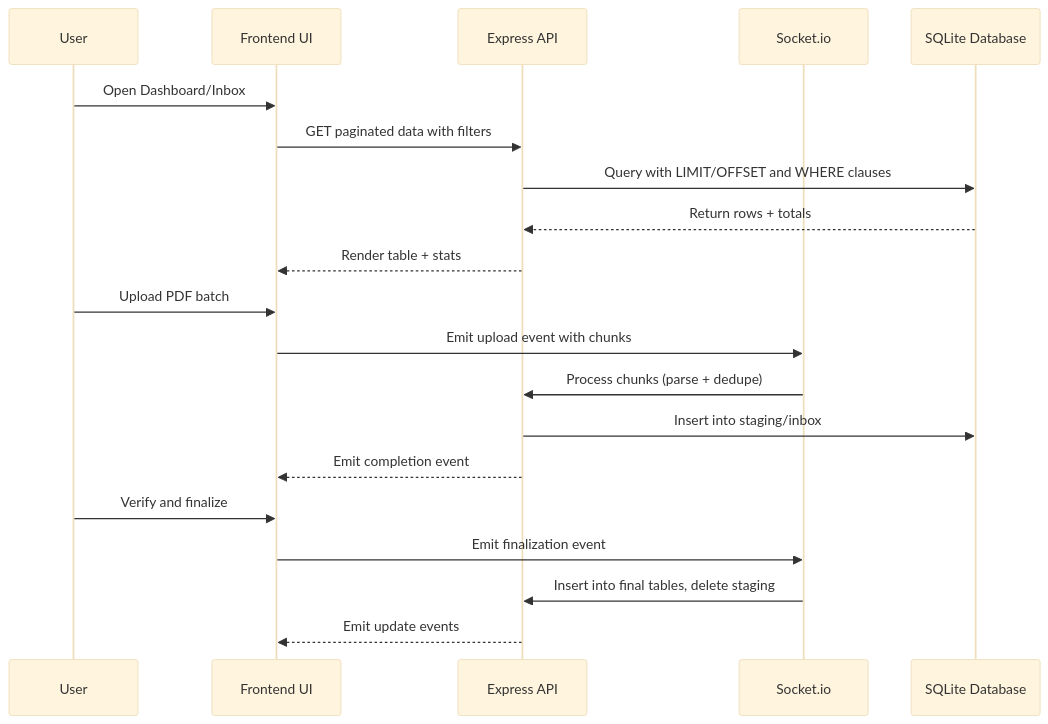
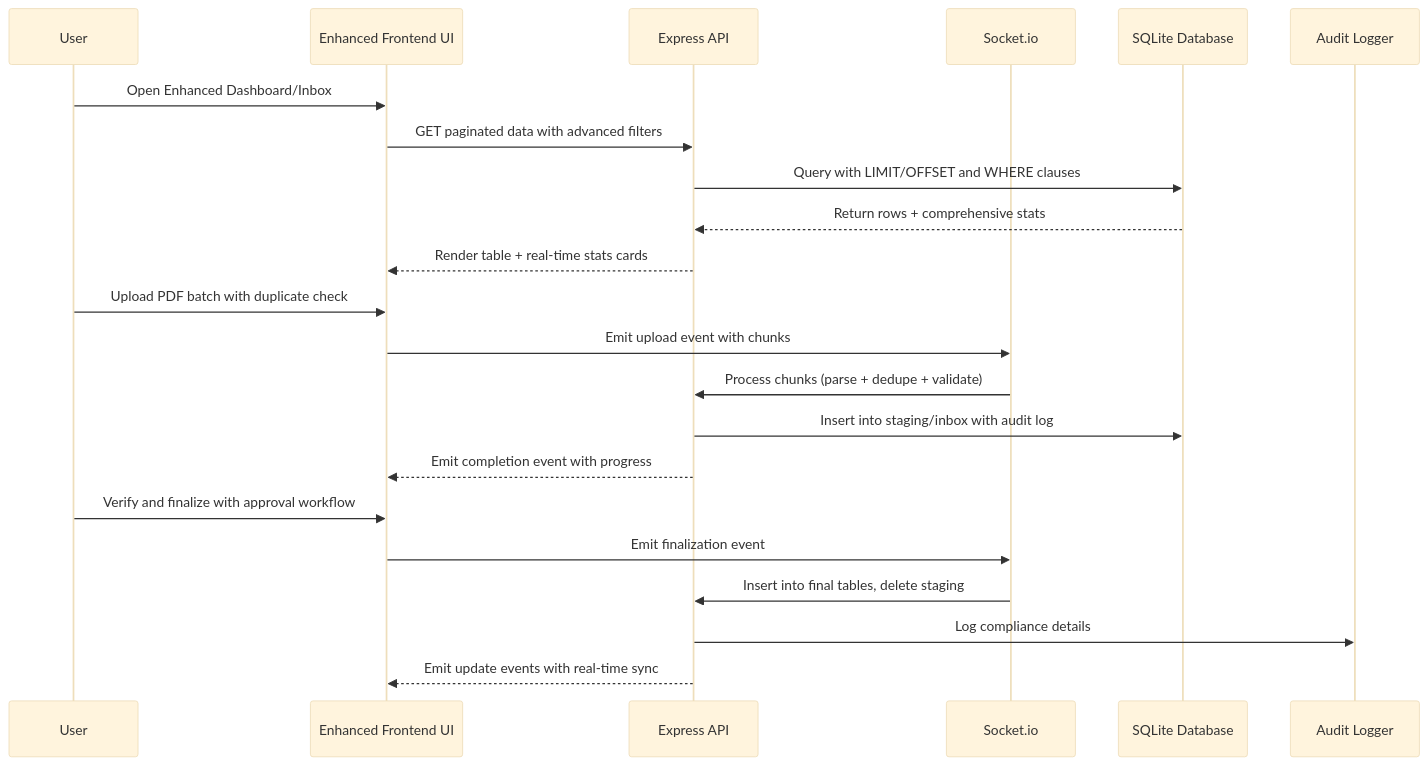
One commit to rendisiagian/TDS_by_RENDISIAGIAN changed the second of 7 diagrams in .qoder/repowiki/en/content/Tax Deducted at Source (TDS) System/Tax Deducted at Source (TDS) System.md. Above: the diagram before and after it, drawn with Mermaid (base theme). The commit also changed other lines of this file and 96 other files, not shown here.

````diff
--- a/.qoder/repowiki/en/content/Tax Deducted at Source (TDS) System/Tax Deducted at Source (TDS) System.md
+++ b/.qoder/repowiki/en/content/Tax Deducted at Source (TDS) System/Tax Deducted at Source (TDS) System.md
@@ -106,22 +126,24 @@
 ```mermaid
 sequenceDiagram
 participant User as User
-participant UI as Frontend UI
+participant UI as Enhanced Frontend UI
 participant API as Express API
 participant WS as Socket.io
 participant DB as SQLite Database
-User->>UI : Open Dashboard/Inbox
-UI->>API : GET paginated data with filters
+participant AUDIT as Audit Logger
+User->>UI : Open Enhanced Dashboard/Inbox
+UI->>API : GET paginated data with advanced filters
 API->>DB : Query with LIMIT/OFFSET and WHERE clauses
-DB-->>API : Return rows + totals
-API-->>UI : Render table + stats
-User->>UI : Upload PDF batch
+DB-->>API : Return rows + comprehensive stats
+API-->>UI : Render table + real-time stats cards
+User->>UI : Upload PDF batch with duplicate check
 UI->>WS : Emit upload event with chunks
-WS->>API : Process chunks (parse + dedupe)
-API->>DB : Insert into staging/inbox
-API-->>UI : Emit completion event
-User->>UI : Verify and finalize
+WS->>API : Process chunks (parse + dedupe + validate)
+API->>DB : Insert into staging/inbox with audit log
+API-->>UI : Emit completion event with progress
+User->>UI : Verify and finalize with approval workflow
 UI->>WS : Emit finalization event
 WS->>API : Insert into final tables, delete staging
-API-->>UI : Emit update events
+API->>AUDIT : Log compliance details
+API-->>UI : Emit update events with real-time sync
 ```
````
